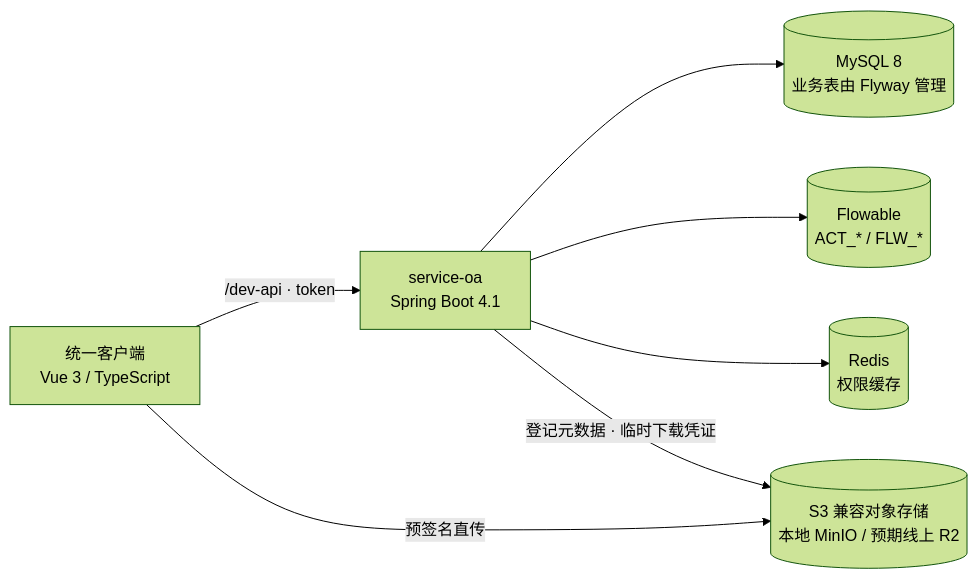
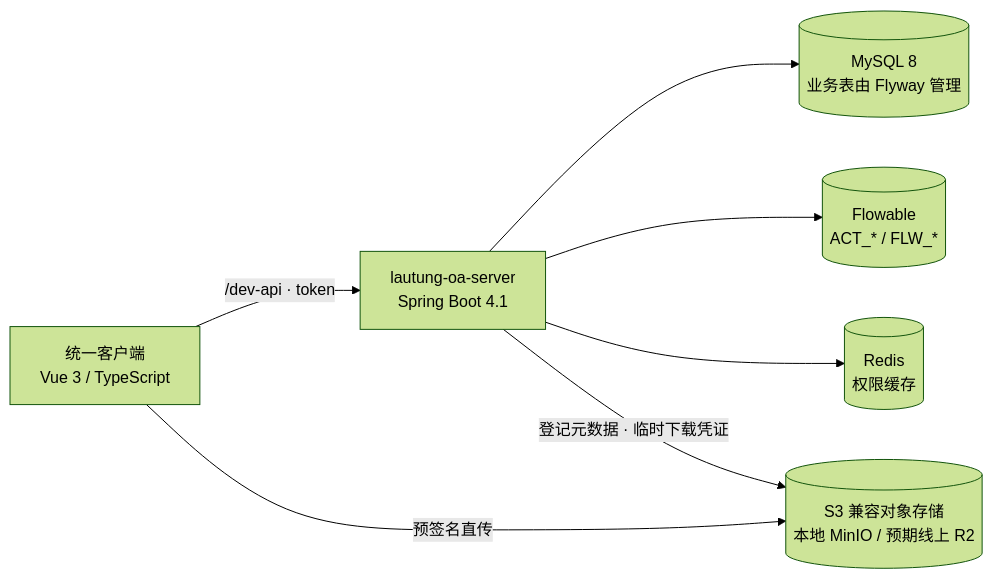
One commit to lautung/guigu-oa changed the diagram in README.md. Above: the diagram before and after it, drawn with Mermaid (forest theme). The commit also changed other lines of this file and 543 other files, not shown here.

````diff
--- a/README.md
+++ b/README.md
@@ -32,16 +32,16 @@
 ```mermaid
 flowchart LR
   Browser["统一客户端\nVue 3 / TypeScript"]
-  API["service-oa\nSpring Boot 4.1"]
+  API["lautung-oa-server\nSpring Boot 4.1"]
   DB[("MySQL 8\n业务表由 Flyway 管理")]
   Engine[("Flowable\nACT_* / FLW_*")]
   Redis[("Redis\n权限缓存")]
   OSS[("S3 兼容对象存储\n本地 MinIO / 预期线上 R2")]
 
   Browser -->|"/dev-api · token"| API
   API --> DB
   API --> Engine
   API --> Redis
   Browser -->|"预签名直传"| OSS
   API -->|"登记元数据 · 临时下载凭证"| OSS
 ```
````
